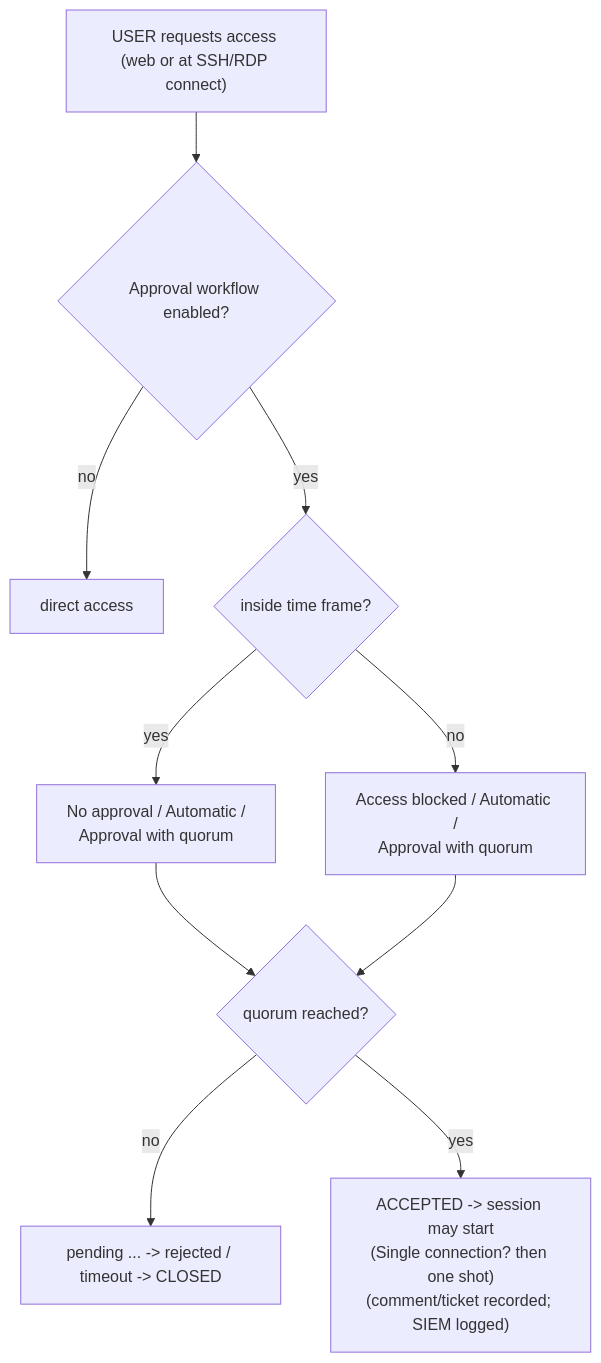
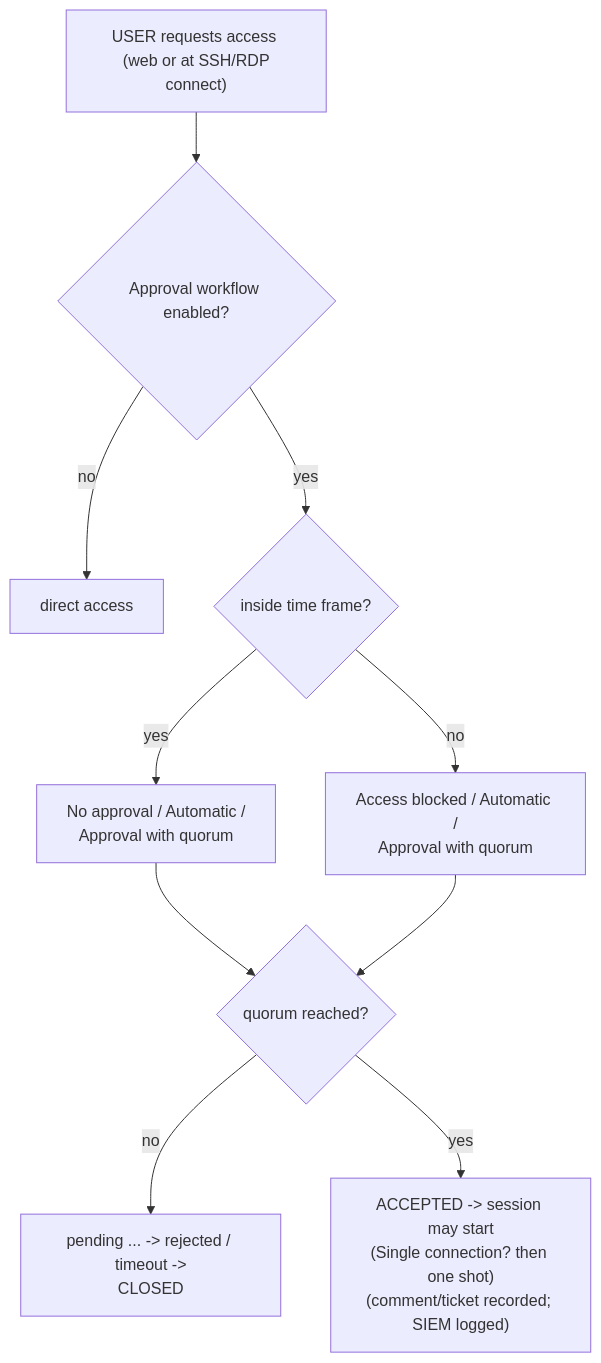
The fourth of 4 diagrams in deep-dives/session-management.md (morandeirachema/WallixCerts), drawn with Mermaid before and after one commit. The commit also changed other lines of this file and 37 other files, not shown here.

First line of the commit message:
Make Mermaid node boxes fit their text (wrap long labels) + enforce it

````diff
--- a/deep-dives/session-management.md
+++ b/deep-dives/session-management.md
@@ -226,12 +226,12 @@
 ```mermaid
 flowchart TD
-    Req["USER requests access (web or at SSH/RDP connect)"] --> Enabled{"Approval workflow enabled?"}
+    Req["USER requests access (web or at SSH/RDP<br/>connect)"] --> Enabled{"Approval workflow enabled?"}
     Enabled -->|"no"| Direct["direct access"]
     Enabled -->|"yes"| Frame{"inside time frame?"}
     Frame -->|"yes"| Inside["No approval / Automatic /<br/>Approval with quorum"]
     Frame -->|"no"| Outside["Access blocked / Automatic /<br/>Approval with quorum"]
     Inside --> Quorum{"quorum reached?"}
     Outside --> Quorum
-    Quorum -->|"no"| Pending["pending ... -> rejected / timeout -> CLOSED"]
+    Quorum -->|"no"| Pending["pending ... -> rejected / timeout -><br/>CLOSED"]
     Quorum -->|"yes"| Accepted["ACCEPTED -> session may start<br/>(Single connection? then one shot)<br/>(comment/ticket recorded; SIEM logged)"]
 ```
````
